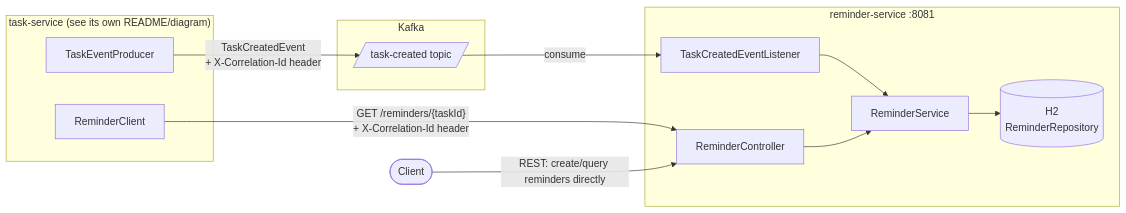
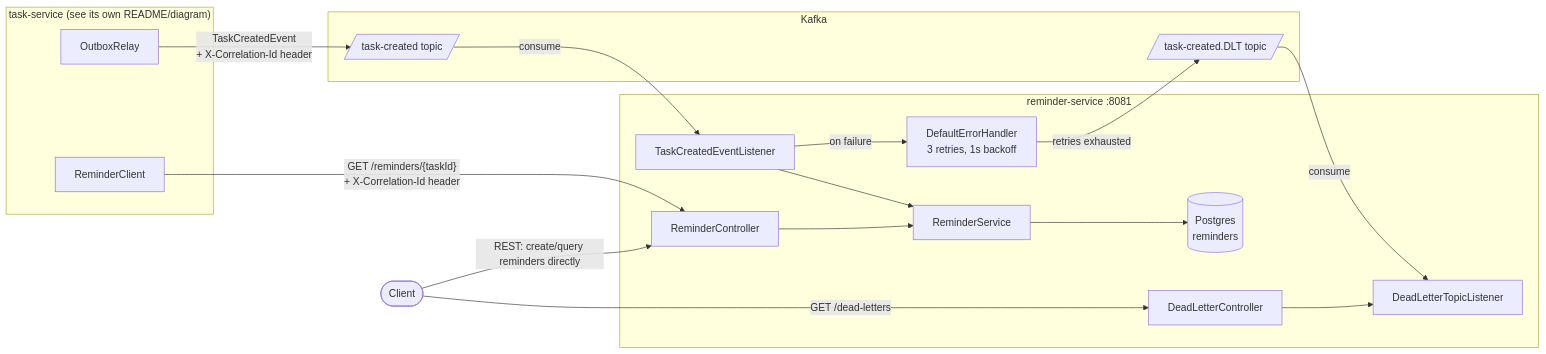
One commit to marianeprato/reminder-service changed the diagram in README.md. Above: the diagram before and after it, drawn with Mermaid. The commit also changed other lines of this file, not shown here.

First line of the commit message:
Update README for Postgres persistence and dead-letter handling

````diff
--- a/README.md
+++ b/README.md
@@ -22,29 +24,39 @@
 ```mermaid
 flowchart LR
-    Client([Client])
-
     subgraph TS["task-service (see its own README/diagram)"]
-        PROD[TaskEventProducer]
+        RELAY[OutboxRelay]
         RC[ReminderClient]
     end
 
     subgraph KAFKA["Kafka"]
         TOPIC[/"task-created" topic/]
+        DLT[/"task-created.DLT" topic/]
     end
 
     subgraph RS["reminder-service :8081"]
         LISTENER[TaskCreatedEventListener]
+        ERRH[DefaultErrorHandler\n3 retries, 1s backoff]
+        DLTLISTENER[DeadLetterTopicListener]
         RS_SVC[ReminderService]
-        RREPO[(H2\nReminderRepository)]
+        RREPO[(Postgres\nreminders)]
         RC_CTRL[ReminderController]
+        DLT_CTRL[DeadLetterController]
     end
 
-    PROD -- "TaskCreatedEvent\n+ X-Correlation-Id header" --> TOPIC
+    Client([Client])
+
+    RELAY -- "TaskCreatedEvent\n+ X-Correlation-Id header" --> TOPIC
     TOPIC -- consume --> LISTENER
+    LISTENER -- "on failure" --> ERRH
+    ERRH -- "retries exhausted" --> DLT
+    DLT -- consume --> DLTLISTENER
+    Client -- "GET /dead-letters" --> DLT_CTRL
+    DLT_CTRL --> DLTLISTENER
+
     LISTENER --> RS_SVC
     RS_SVC --> RREPO
 
     RC -- "GET /reminders/{taskId}\n+ X-Correlation-Id header" --> RC_CTRL
     Client -- "REST: create/query reminders directly" --> RC_CTRL
     RC_CTRL --> RS_SVC
 ```
````
